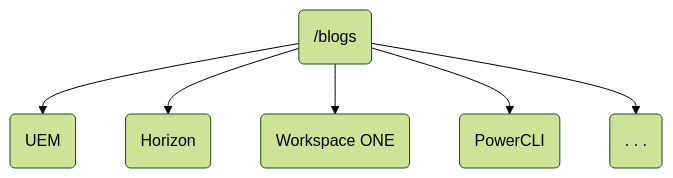
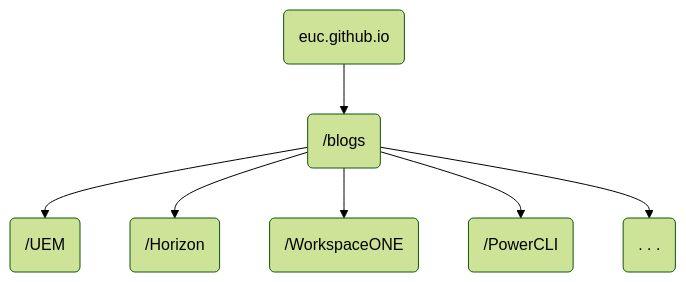
Before and after one commit to rcroft-work/EUCDigitalWorkspace.github.io: diagram 13 of 15 in docs/about/index.md, drawn with Mermaid (forest theme). The commit also changed other lines of this file and 5 other files, not shown here.

````diff
--- a/docs/about/index.md
+++ b/docs/about/index.md
@@ -98,9 +263,10 @@
 ```mermaid
 graph TD
-    D(/blogs)
-    D --> M(UEM)
-    D --> N(Horizon)
-    D --> O(Workspace ONE)
-    D --> P(PowerCLI)
+    A(euc.github.io)
+    A --> D(/blogs)
+    D --> M(/UEM)
+    D --> N(/Horizon)
+    D --> O(/WorkspaceONE)
+    D --> P(/PowerCLI)
     D --> Q(. . .)
 ```
````
